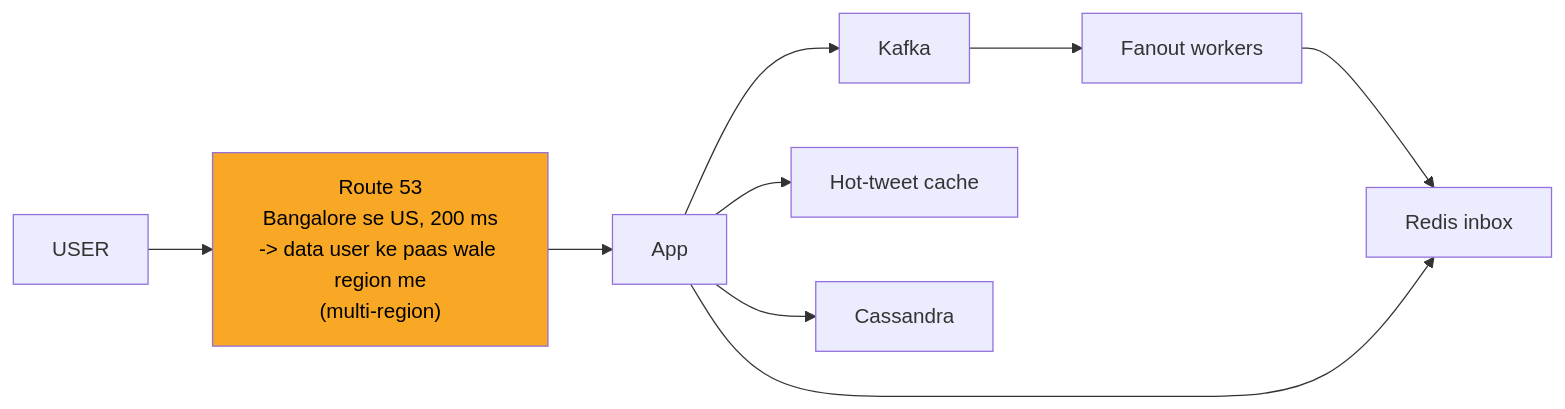
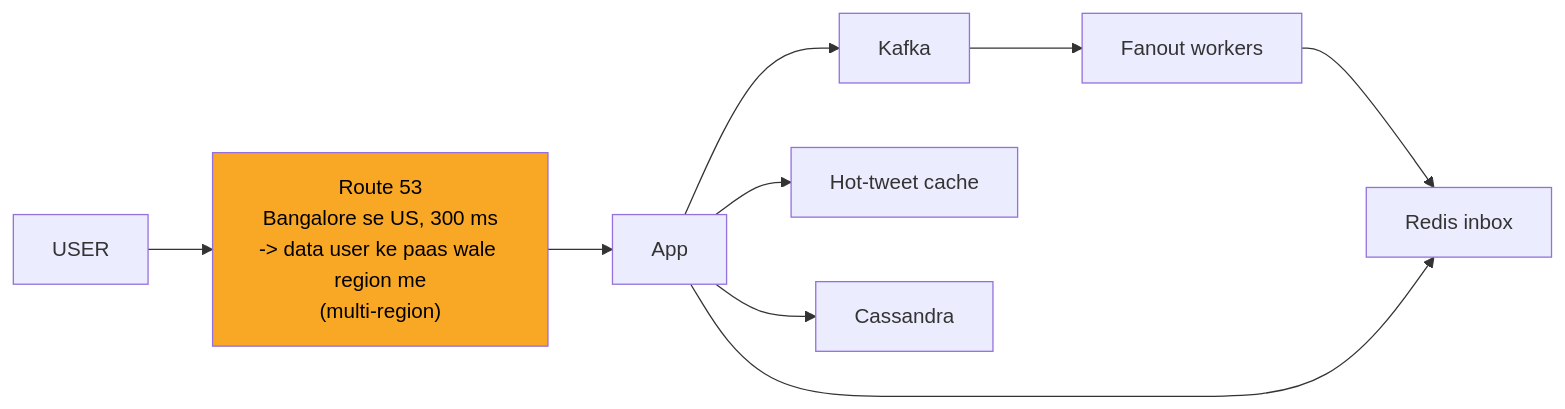
The eighth of 12 diagrams in 04_HLD/SYSTEM_DESIGNS/03_twitter_feed/03_twitter_feed.md (ArpanMaheshwari144/Prep), drawn with Mermaid before and after one commit. The commit also changed other lines of this file and 13 other files, not shown here.

````diff
--- a/04_HLD/SYSTEM_DESIGNS/03_twitter_feed/03_twitter_feed.md
+++ b/04_HLD/SYSTEM_DESIGNS/03_twitter_feed/03_twitter_feed.md
@@ -339,20 +341,20 @@
 ```mermaid
 flowchart LR
     n_USER["USER"]
-    n_Route_53["Route 53<br/>Bangalore se US, 200 ms<br/>-> data user ke paas wale region me<br/>(multi-region)"]
+    n_Route_53["Route 53<br/>Bangalore se US, 300 ms<br/>-> data user ke paas wale region me<br/>(multi-region)"]
     n_App["App"]
     n_Kafka["Kafka"]
     n_Fanout_workers["Fanout workers"]
     n_Redis_inbox["Redis inbox"]
     n_Hot_tweet_cache["Hot-tweet cache"]
     n_Cassandra["Cassandra"]
     n_USER --> n_Route_53
     n_Route_53 --> n_App
     n_App --> n_Kafka
     n_App --> n_Hot_tweet_cache
     n_App --> n_Cassandra
     n_Kafka --> n_Fanout_workers
     n_Fanout_workers --> n_Redis_inbox
     n_App --> n_Redis_inbox
     style n_Route_53 fill:#f9a825,color:#000
 ```
````
